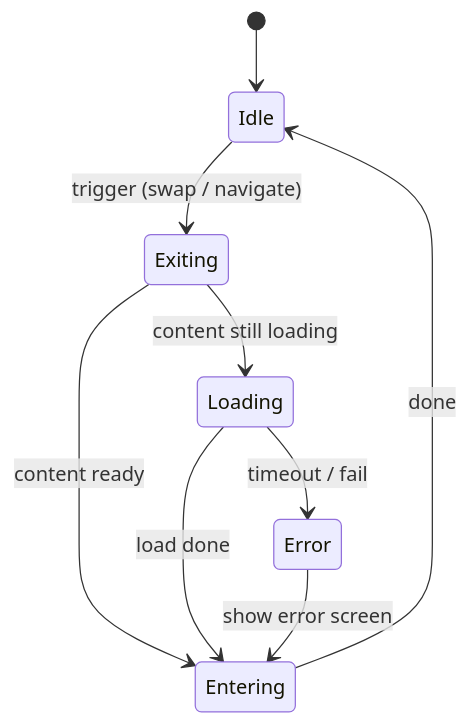
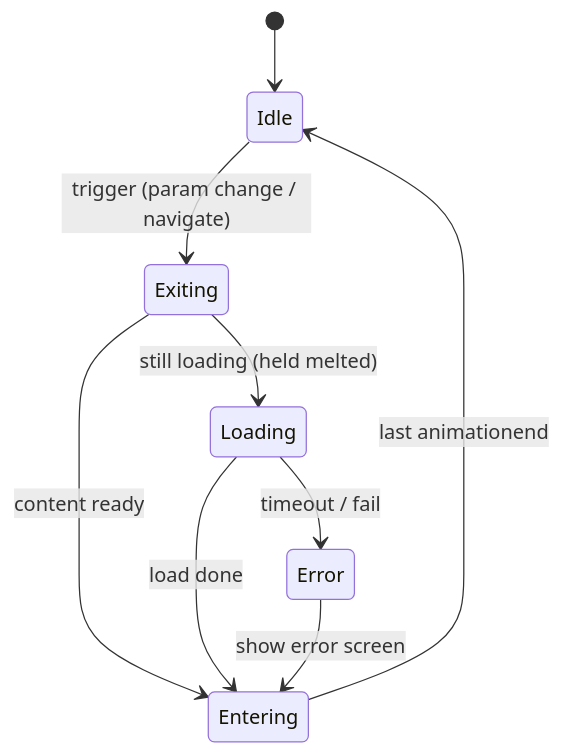
The first of 3 diagrams in PLANS/animation-ui-foundation.md (MgCohen/abox-server), drawn with Mermaid before and after one commit. The commit also changed other lines of this file and 23 other files, not shown here.

````diff
--- a/PLANS/animation-ui-foundation.md
+++ b/PLANS/animation-ui-foundation.md
@@ -347,11 +412,11 @@
 ```mermaid
 stateDiagram-v2
     [*] --> Idle
-    Idle --> Exiting: trigger (swap / navigate)
+    Idle --> Exiting: trigger (param change / navigate)
     Exiting --> Entering: content ready
-    Exiting --> Loading: content still loading
+    Exiting --> Loading: still loading (held melted)
     Loading --> Entering: load done
     Loading --> Error: timeout / fail
     Error --> Entering: show error screen
-    Entering --> Idle: done
+    Entering --> Idle: last animationend
 ```
````
